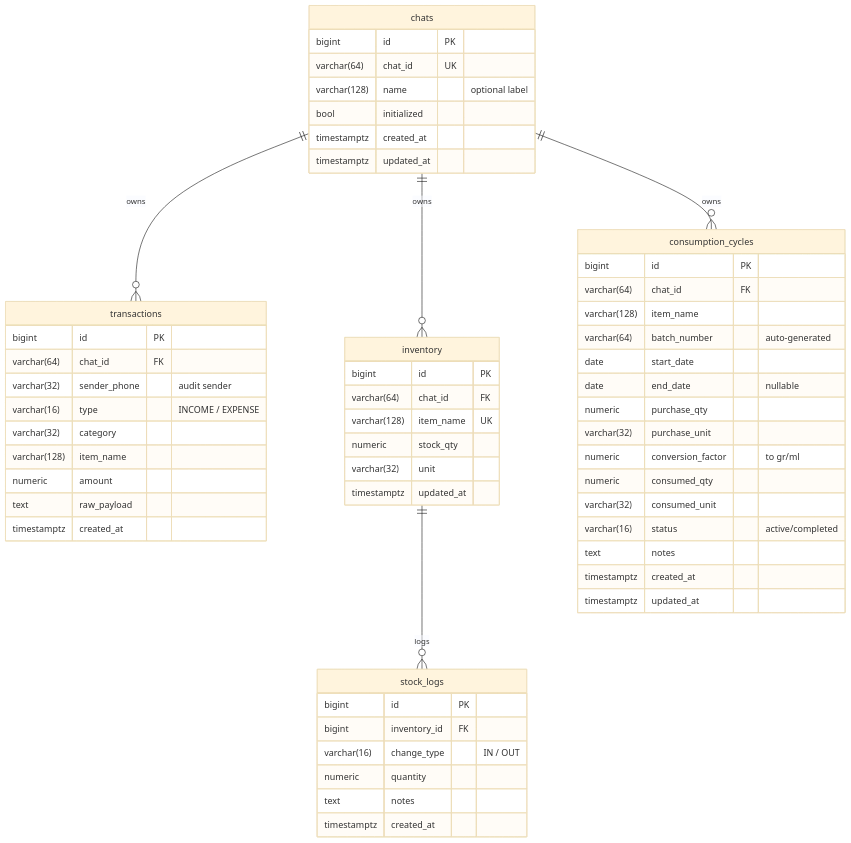
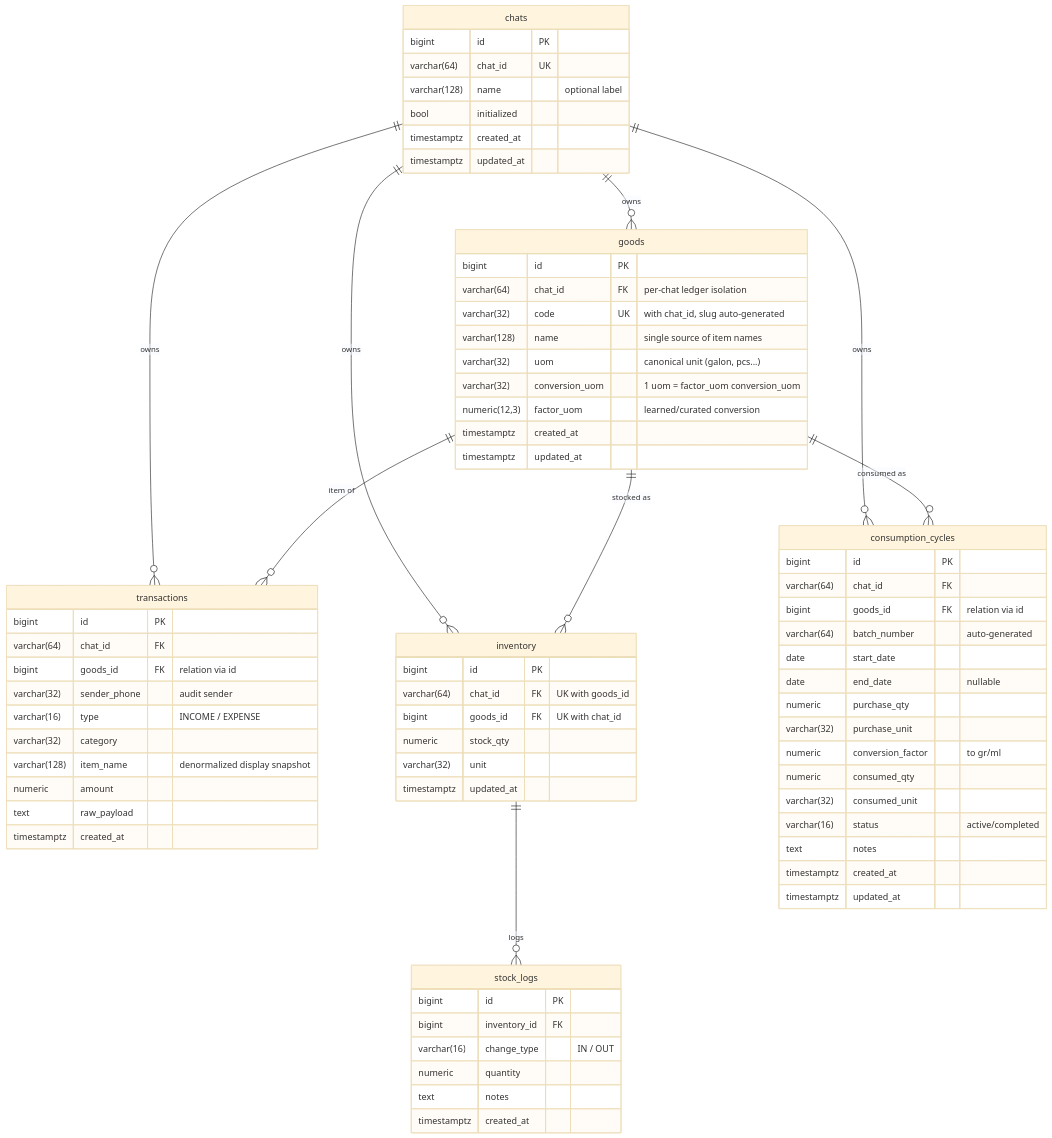
Before and after one commit to skyapps-id/smart-ledger-agent: the fourth of 4 diagrams in README.md, drawn with Mermaid (base theme). The commit also changed other lines of this file and 11 other files, not shown here.

First line of the commit message:
Scope goods master per chat; document schema in README

````diff
--- a/README.md
+++ b/README.md
@@ -336,60 +337,76 @@
 ```mermaid
 erDiagram
+    chats ||--o{ goods : owns
     chats ||--o{ transactions : owns
     chats ||--o{ inventory : owns
+    chats ||--o{ consumption_cycles : owns
+    goods ||--o{ transactions : "item of"
+    goods ||--o{ inventory : "stocked as"
+    goods ||--o{ consumption_cycles : "consumed as"
     inventory ||--o{ stock_logs : logs
-    chats ||--o{ consumption_cycles : owns
 
     chats {
         bigint id PK
         varchar(64) chat_id UK
         varchar(128) name "optional label"
         bool initialized
         timestamptz created_at
         timestamptz updated_at
     }
+    goods {
+        bigint id PK
+        varchar(64) chat_id FK "per-chat ledger isolation"
+        varchar(32) code UK "with chat_id, slug auto-generated"
+        varchar(128) name "single source of item names"
+        varchar(32) uom "canonical unit (galon, pcs...)"
+        varchar(32) conversion_uom "1 uom = factor_uom conversion_uom"
+        numeric(12,3) factor_uom "learned/curated conversion"
+        timestamptz created_at
+        timestamptz updated_at
+    }
     transactions {
         bigint id PK
         varchar(64) chat_id FK
+        bigint goods_id FK "relation via id"
         varchar(32) sender_phone "audit sender"
         varchar(16) type "INCOME / EXPENSE"
         varchar(32) category
-        varchar(128) item_name
+        varchar(128) item_name "denormalized display snapshot"
         numeric amount
         text raw_payload
         timestamptz created_at
     }
     inventory {
         bigint id PK
-        varchar(64) chat_id FK
-        varchar(128) item_name UK
+        varchar(64) chat_id FK "UK with goods_id"
+        bigint goods_id FK "UK with chat_id"
         numeric stock_qty
         varchar(32) unit
         timestamptz updated_at
     }
     stock_logs {
         bigint id PK
         bigint inventory_id FK
         varchar(16) change_type "IN / OUT"
         numeric quantity
         text notes
         timestamptz created_at
     }
     consumption_cycles {
         bigint id PK
         varchar(64) chat_id FK
-        varchar(128) item_name
+        bigint goods_id FK "relation via id"
         varchar(64) batch_number "auto-generated"
         date start_date
         date end_date "nullable"
         numeric purchase_qty
         varchar(32) purchase_unit
         numeric conversion_factor "to gr/ml"
         numeric consumed_qty
         varchar(32) consumed_unit
         varchar(16) status "active/completed"
         text notes
         timestamptz created_at
         timestamptz updated_at
     }
 ```
````
